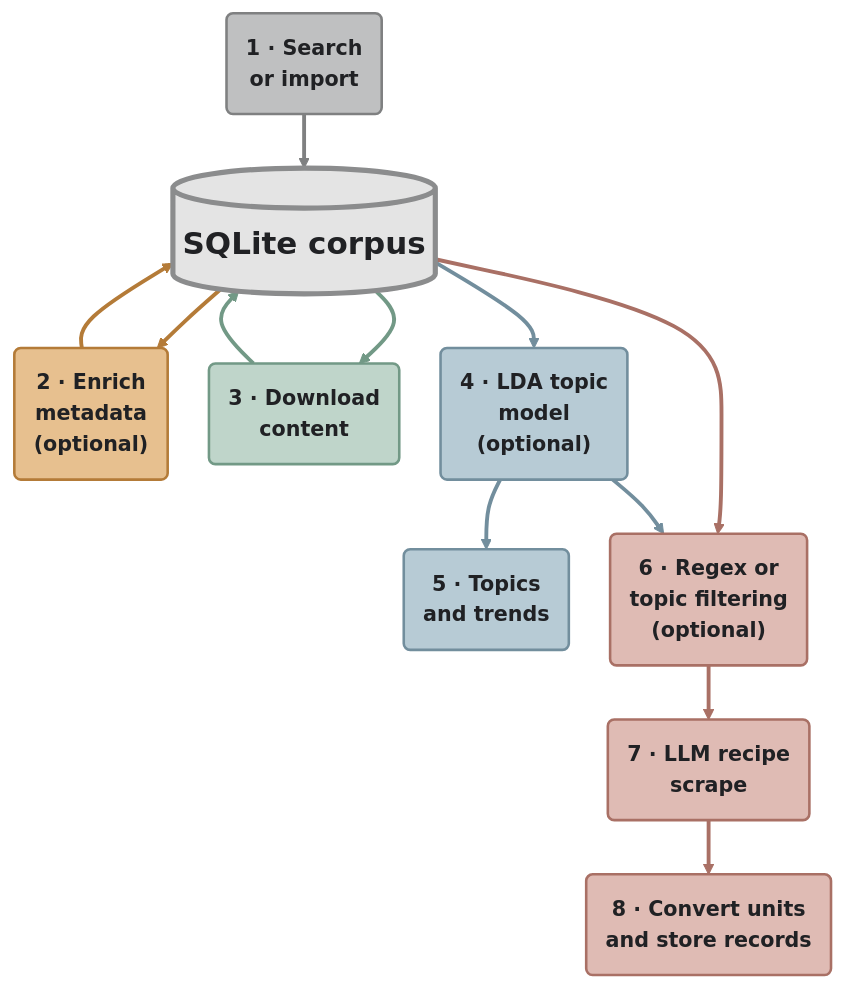
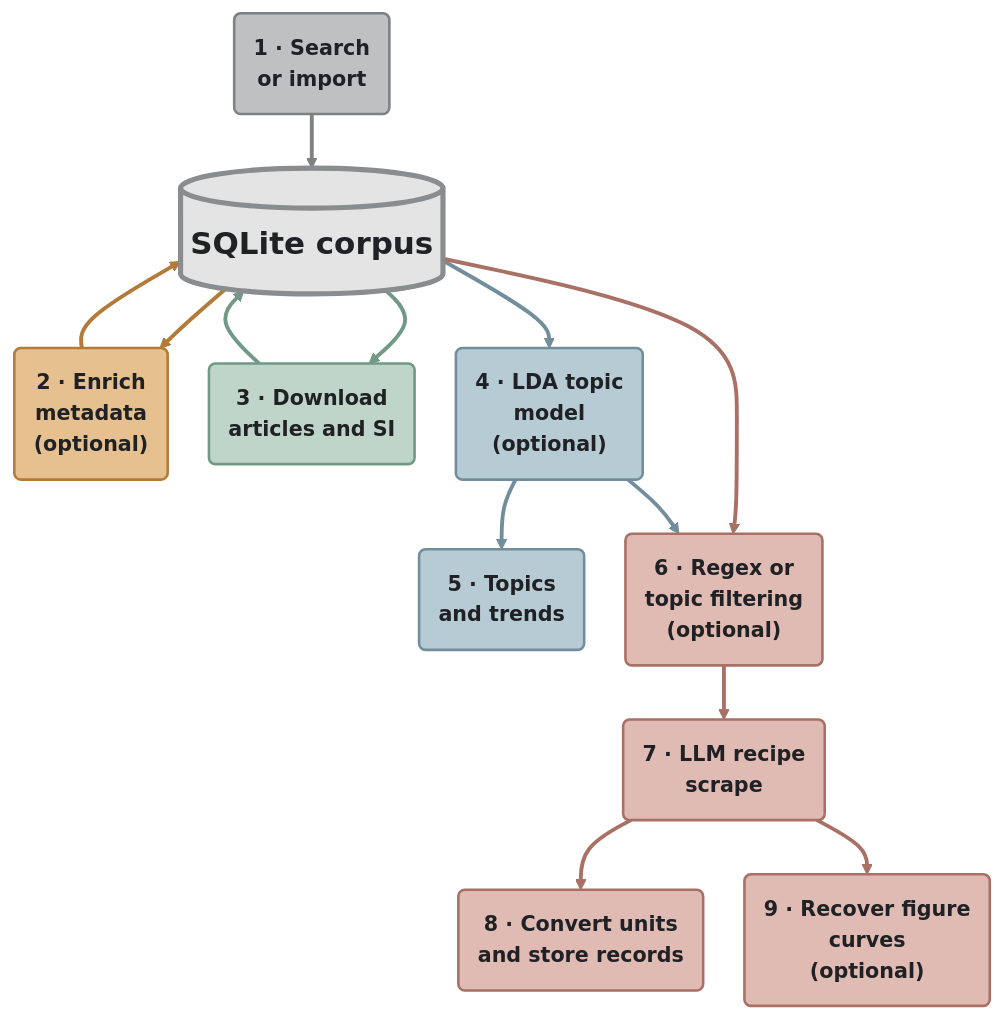
The diagram in docs/index.md (SMTG-Bham/PaperMinerToolkit), drawn with Mermaid before and after one commit. The commit also changed other lines of this file and 16 other files, not shown here.

````diff
--- a/docs/index.md
+++ b/docs/index.md
@@ -21,47 +21,49 @@
 ```{mermaid}
 :alt: PaperMinerToolkit workflow arranged around a central SQLite corpus. Search enters from above, enrichment and downloading form return loops below it, LDA topic analysis descends on the left, and LLM extraction descends on the right.
 :align: center
 
 %%{init: {"flowchart": {"curve": "basis", "nodeSpacing": 32, "rankSpacing": 42}}}%%
 flowchart TB
     A("1 · Search<br/>or import")
     C("2 · Enrich<br/>metadata<br/>(optional)")
-    D("3 · Download<br/>content")
+    D("3 · Download<br/>articles and SI")
     B[("SQLite corpus")]
     E("4 · LDA topic<br/>model<br/>(optional)")
     F("5 · Topics<br/>and trends")
     L("6 · Regex or<br/>topic filtering<br/>(optional)")
     G("7 · LLM recipe<br/>scrape")
     I("8 · Convert units<br/>and store records")
+    J("9 · Recover figure<br/>curves<br/>(optional)")
 
     A --> B
     C --> B
     B --> C
     D --> B
     B --> D
     B --> E
     E --> F
     B --> L
     L --> G
     G --> I
     E --> L
+    G --> J
 
     classDef search fill:#bfc0c1,stroke:#7f8081,stroke-width:2px,color:#202124,font-weight:600
     classDef enrich fill:#e7c08f,stroke:#b47b38,stroke-width:2px,color:#202124,font-weight:600
     classDef download fill:#bfd5ca,stroke:#729986,stroke-width:2px,color:#202124,font-weight:600
     classDef llm fill:#dfbbb4,stroke:#a97065,stroke-width:2px,color:#202124,font-weight:600
     classDef lda fill:#b7cbd5,stroke:#728e9d,stroke-width:2px,color:#202124,font-weight:600
     classDef corpus fill:#e4e4e4,stroke:#8b8c8d,stroke-width:4px,color:#202124,font-size:24px,font-weight:bold
     class A search
     class C enrich
     class D download
-    class L,G,I llm
+    class L,G,I,J llm
     class E,F lda
     class B corpus
 
     linkStyle 0 stroke:#7f8081,stroke-width:3px
     linkStyle 1,2 stroke:#b47b38,stroke-width:3px
     linkStyle 3,4 stroke:#729986,stroke-width:3px
     linkStyle 5,6,10 stroke:#728e9d,stroke-width:3px
-    linkStyle 7,8,9 stroke:#a97065,stroke-width:3px
+    linkStyle 7,8,9,11 stroke:#a97065,stroke-width:3px
 ```
````
